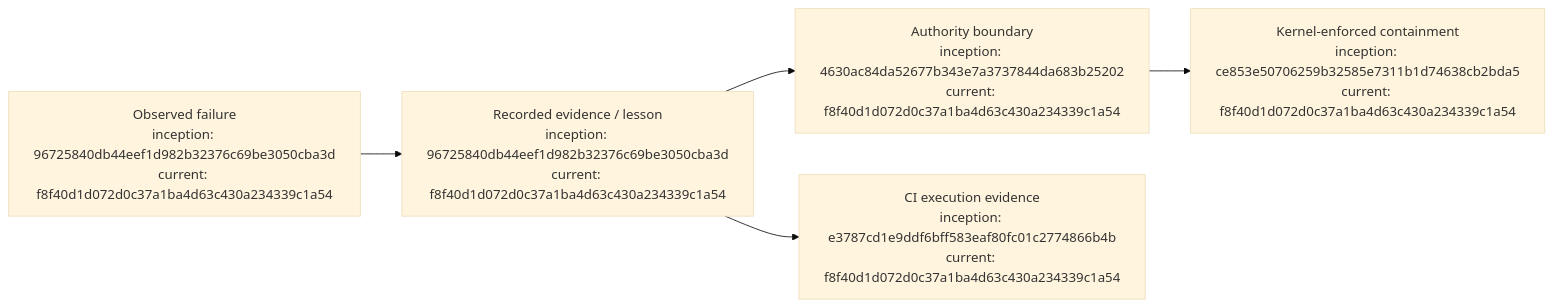
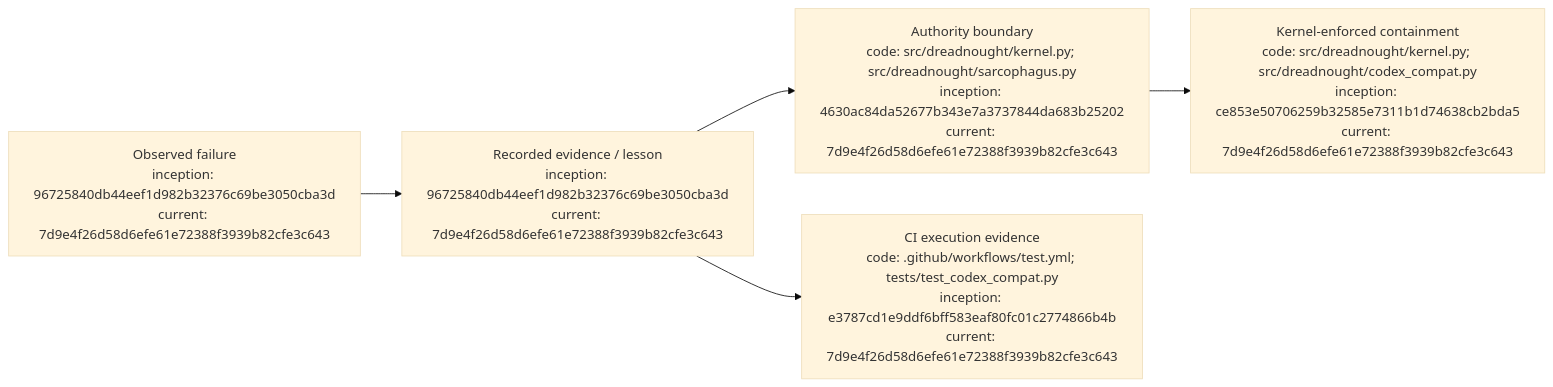
The diagram in docs/FAILURE_LEDGER.md (seanbman/dreadnought), drawn with Mermaid (base theme) before and after one commit. The commit also changed other lines of this file, not shown here.

Commit message:
Record false-positive Codex UnifiedExec verification

````diff
--- a/docs/FAILURE_LEDGER.md
+++ b/docs/FAILURE_LEDGER.md
@@ -47,7 +59,7 @@
 ```mermaid
 flowchart LR
-    F["Observed failure<br/>inception: 96725840db44eef1d982b32376c69be3050cba3d<br/>current: f8f40d1d072d0c37a1ba4d63c430a234339c1a54"] --> R["Recorded evidence / lesson<br/>inception: 96725840db44eef1d982b32376c69be3050cba3d<br/>current: f8f40d1d072d0c37a1ba4d63c430a234339c1a54"]
-    R --> B["Authority boundary<br/>inception: 4630ac84da52677b343e7a3737844da683b25202<br/>current: f8f40d1d072d0c37a1ba4d63c430a234339c1a54"]
-    B --> K["Kernel-enforced containment<br/>inception: ce853e50706259b32585e7311b1d74638cb2bda5<br/>current: f8f40d1d072d0c37a1ba4d63c430a234339c1a54"]
-    R --> C["CI execution evidence<br/>inception: e3787cd1e9ddf6bff583eaf80fc01c2774866b4b<br/>current: f8f40d1d072d0c37a1ba4d63c430a234339c1a54"]
+    F["Observed failure<br/>inception: 96725840db44eef1d982b32376c69be3050cba3d<br/>current: 7d9e4f26d58d6efe61e72388f3939b82cfe3c643"] --> R["Recorded evidence / lesson<br/>inception: 96725840db44eef1d982b32376c69be3050cba3d<br/>current: 7d9e4f26d58d6efe61e72388f3939b82cfe3c643"]
+    R --> B["Authority boundary<br/>code: src/dreadnought/kernel.py; src/dreadnought/sarcophagus.py<br/>inception: 4630ac84da52677b343e7a3737844da683b25202<br/>current: 7d9e4f26d58d6efe61e72388f3939b82cfe3c643"]
+    B --> K["Kernel-enforced containment<br/>code: src/dreadnought/kernel.py; src/dreadnought/codex_compat.py<br/>inception: ce853e50706259b32585e7311b1d74638cb2bda5<br/>current: 7d9e4f26d58d6efe61e72388f3939b82cfe3c643"]
+    R --> C["CI execution evidence<br/>code: .github/workflows/test.yml; tests/test_codex_compat.py<br/>inception: e3787cd1e9ddf6bff583eaf80fc01c2774866b4b<br/>current: 7d9e4f26d58d6efe61e72388f3939b82cfe3c643"]
 ```
````
